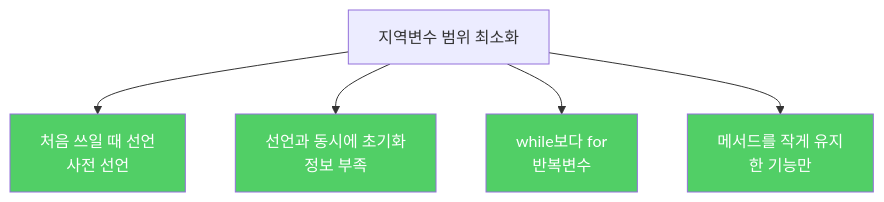
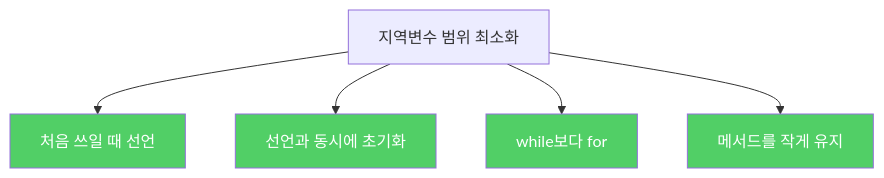
One commit to yjkim2015/yjkim2015.github.io changed the diagram in _posts/java/2022-02-12-effective-java57.md. Above: the diagram before and after it, drawn with Mermaid. The commit also changed 217 other files, not shown here.

First line of the commit message:
Mermaid 크기 수정: useMaxWidth:true + SVG max-width:100% + 라벨 축소

````diff
--- a/_posts/java/2022-02-12-effective-java57.md
+++ b/_posts/java/2022-02-12-effective-java57.md
@@ -84,11 +84,11 @@
 ```mermaid
 graph TD
-    A["지역변수 범위 최소화"] --> B["처음 쓰일 때 선언\n사전 선언"]
-    A --> C["선언과 동시에 초기화\n정보 부족"]
-    A --> D["while보다 for\n반복변수"]
-    A --> E["메서드를 작게 유지\n한 기능만"]
+    A["지역변수 범위 최소화"] --> B["처음 쓰일 때 선언"]
+    A --> C["선언과 동시에 초기화"]
+    A --> D["while보다 for"]
+    A --> E["메서드를 작게 유지"]
     style B fill:#51cf66,color:#fff
     style C fill:#51cf66,color:#fff
     style D fill:#51cf66,color:#fff
     style E fill:#51cf66,color:#fff
 ```
````
